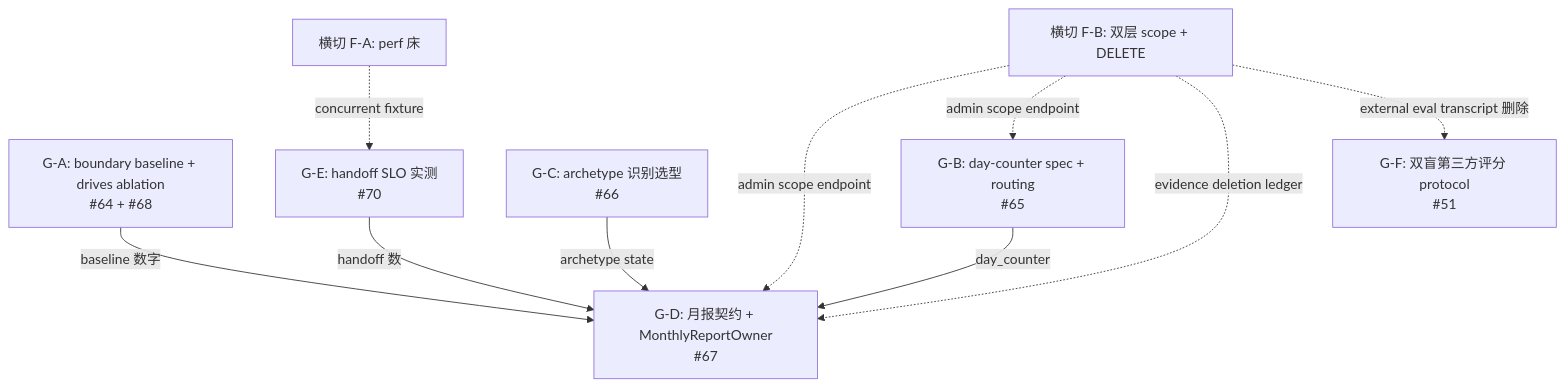
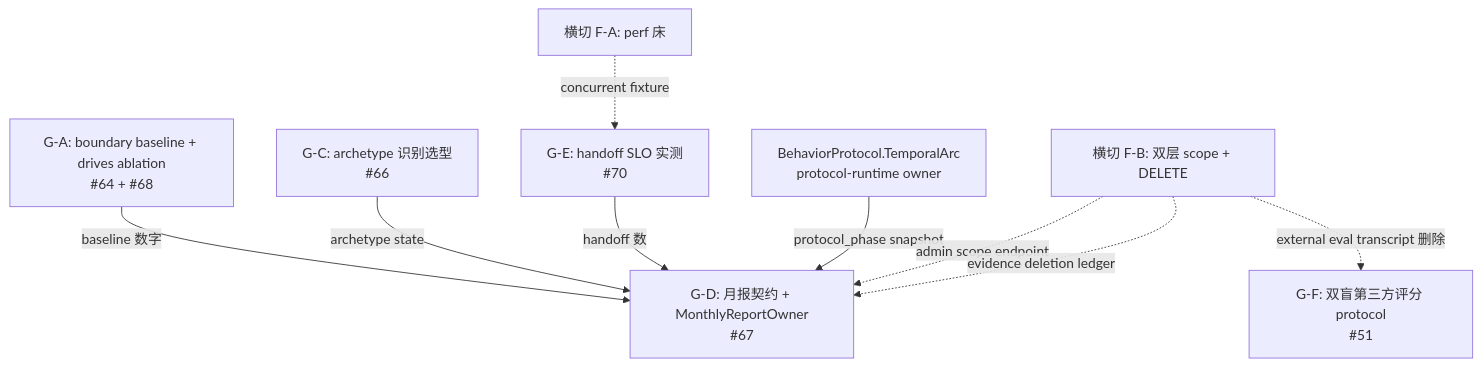
Before and after one commit to ronaldzgithub/VolvenceZero: the diagram in docs/moving forward/growth-advisor-pilot-packet.md, drawn with Mermaid. The commit also changed other lines of this file and 38 other files, not shown here.

````diff
--- a/docs/moving forward/growth-advisor-pilot-packet.md
+++ b/docs/moving forward/growth-advisor-pilot-packet.md
@@ -519,22 +480,21 @@
 ```mermaid
 flowchart TD
     GA[G-A: boundary baseline + drives ablation<br/>#64 + #68]
-    GB[G-B: day-counter spec + routing<br/>#65]
     GC[G-C: archetype 识别选型<br/>#66]
     GD[G-D: 月报契约 + MonthlyReportOwner<br/>#67]
     GE[G-E: handoff SLO 实测<br/>#70]
     GF[G-F: 双盲第三方评分 protocol<br/>#51]
 
     FA[横切 F-A: perf 床]
     FB[横切 F-B: 双层 scope + DELETE]
+    PR[BehaviorProtocol.TemporalArc<br/>protocol-runtime owner]
 
     GA -->|baseline 数字| GD
-    GB -->|day_counter| GD
     GC -->|archetype state| GD
     GE -->|handoff 数| GD
+    PR -->|protocol_phase snapshot| GD
     FB -.->|admin scope endpoint| GD
-    FB -.->|admin scope endpoint| GB
     FB -.->|evidence deletion ledger| GD
     FB -.->|external eval transcript 删除| GF
     FA -.->|concurrent fixture| GE
 ```
````
